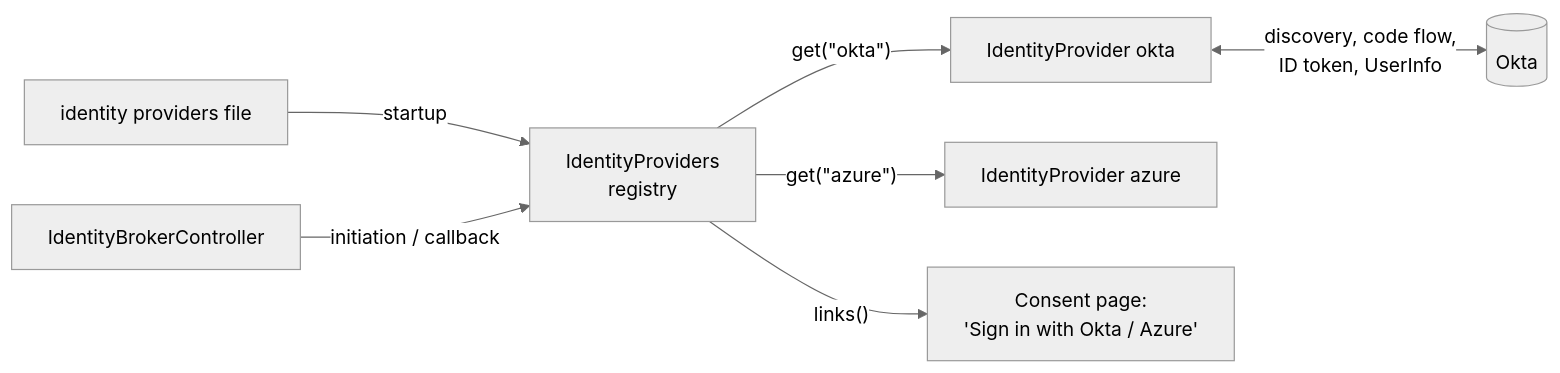
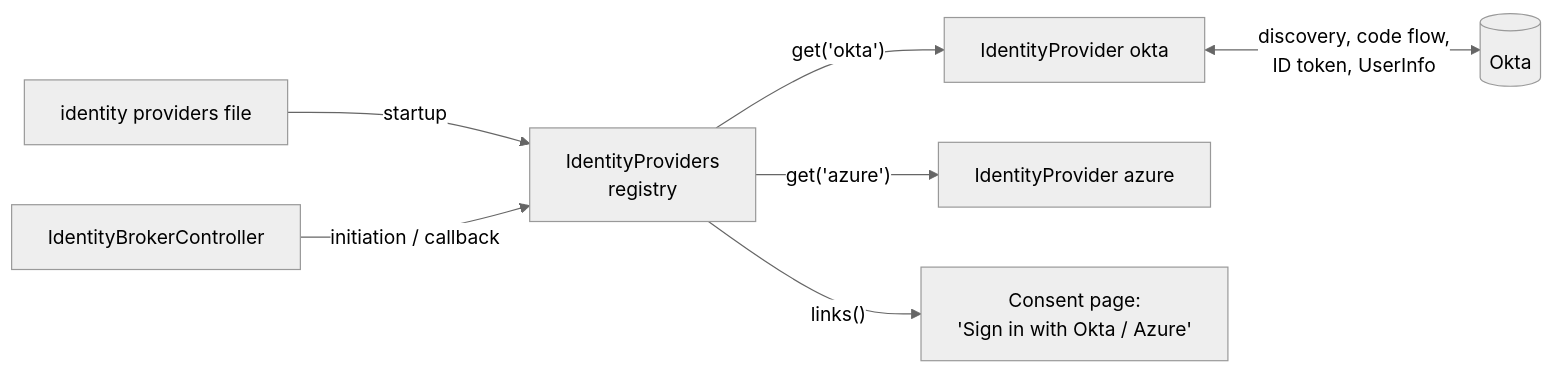
Before and after one commit to reynaldjoabet/lattice-oidc: the sixth of 11 diagrams in README.md, drawn with Mermaid (neutral theme). The commit also changed other lines of this file and 44 other files, not shown here.

````diff
--- a/README.md
+++ b/README.md
@@ -207,9 +207,9 @@
 ```mermaid
 flowchart LR
     F[identity providers file] -->|startup| R[IdentityProviders<br/>registry]
-    R -->|"get(&quot;okta&quot;)"| O[IdentityProvider okta]
-    R -->|"get(&quot;azure&quot;)"| A[IdentityProvider azure]
+    R -->|"get('okta')"| O[IdentityProvider okta]
+    R -->|"get('azure')"| A[IdentityProvider azure]
     R -->|"links()"| P[Consent page:<br/>'Sign in with Okta / Azure']
     C[IdentityBrokerController] -->|initiation / callback| R
     O <-->|discovery, code flow,<br/>ID token, UserInfo| X[(Okta)]
 ```
````
